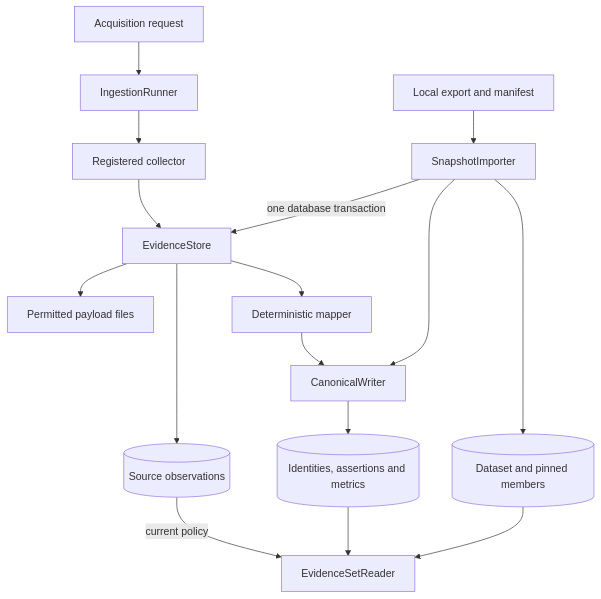
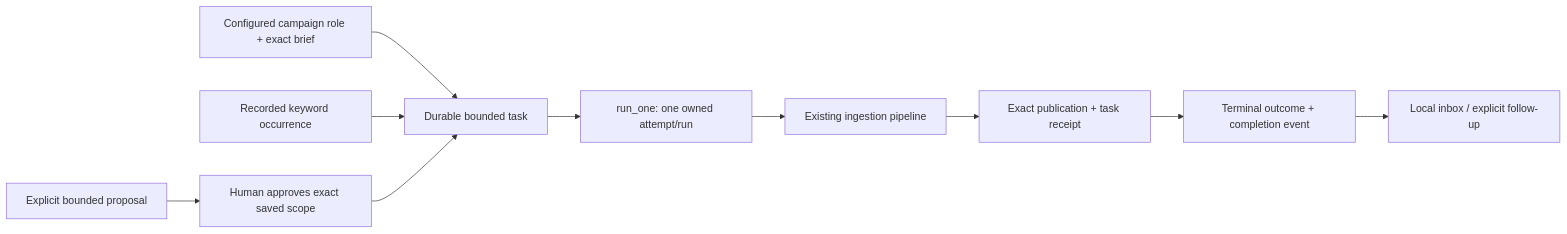
Before and after one commit to jinroylee/social-marketing-intelligence: the third of 4 diagrams in docs/architecture.md, drawn with Mermaid. The commit also changed other lines of this file and 165 other files, not shown here.

````diff
--- a/docs/architecture.md
+++ b/docs/architecture.md
@@ -76,18 +76,12 @@
 ```mermaid
-flowchart TD
-    Request[Acquisition request] --> Runner[IngestionRunner]
-    Runner --> Collector[Registered collector]
-    Collector --> EvidenceStore[EvidenceStore]
-    EvidenceStore --> Files[Permitted payload files]
-    EvidenceStore --> Observations[(Source observations)]
-    EvidenceStore --> Mapper[Deterministic mapper]
-    Mapper --> Writer[CanonicalWriter]
-    Writer --> Canonical[(Identities, assertions and metrics)]
-    Export[Local export and manifest] --> Importer[SnapshotImporter]
-    Importer -->|one database transaction| EvidenceStore
-    Importer --> Writer
-    Importer --> Members[(Dataset and pinned members)]
-    Members --> Reader[EvidenceSetReader]
-    Canonical --> Reader
-    Observations -->|current policy| Reader
+flowchart LR
+    Brief[Configured campaign role + exact brief] --> Task[Durable bounded task]
+    Schedule[Recorded keyword occurrence] --> Task
+    Proposal[Explicit bounded proposal] --> Approval[Human approves exact saved scope]
+    Approval --> Task
+    Task --> Worker[run_one: one owned attempt/run]
+    Worker --> Ingest[Existing ingestion pipeline]
+    Ingest --> Publication[Exact publication + task receipt]
+    Publication --> Outcome[Terminal outcome + completion event]
+    Outcome --> Inbox[Local inbox / explicit follow-up]
 ```
````
